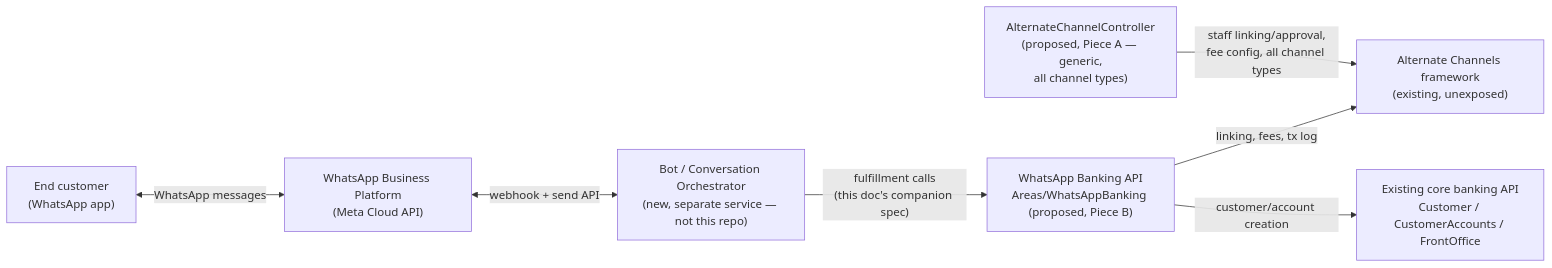
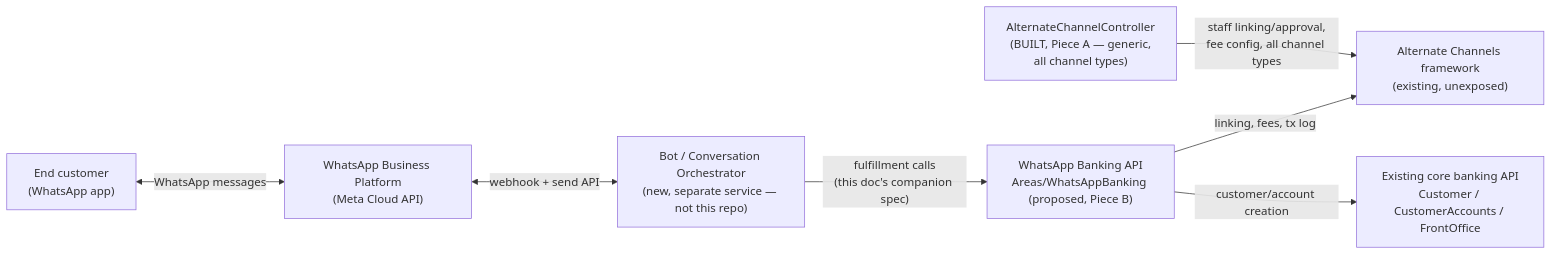
One commit to calvince-swizzsoft/Swift-Financials-FOSA changed the first of 4 diagrams in WebApplication1/Areas/WhatsAppBanking/WORKFLOW.md. Above: the diagram before and after it, drawn with Mermaid. The commit also changed other lines of this file and 4 other files, not shown here.

First line of the commit message:
Add generic AlternateChannelController (Piece A of WhatsApp Banking work)

````diff
--- a/WebApplication1/Areas/WhatsAppBanking/WORKFLOW.md
+++ b/WebApplication1/Areas/WhatsAppBanking/WORKFLOW.md
@@ -68,17 +72,17 @@
 ```mermaid
 flowchart LR
     Customer["End customer\n(WhatsApp app)"]
     Meta["WhatsApp Business Platform\n(Meta Cloud API)"]
     Bot["Bot / Conversation Orchestrator\n(new, separate service — not this repo)"]
     API["WhatsApp Banking API\nAreas/WhatsAppBanking (proposed, Piece B)"]
-    AltChanCtrl["AlternateChannelController\n(proposed, Piece A — generic,\nall channel types)"]
+    AltChanCtrl["AlternateChannelController\n(BUILT, Piece A — generic,\nall channel types)"]
     AltChan["Alternate Channels framework\n(existing, unexposed)"]
     Core["Existing core banking API\nCustomer / CustomerAccounts / FrontOffice"]
 
     Customer <-->|WhatsApp messages| Meta
     Meta <-->|webhook + send API| Bot
     Bot -->|"fulfillment calls\n(this doc's companion spec)"| API
     API -->|"linking, fees, tx log"| AltChan
     API -->|"customer/account creation"| Core
     AltChanCtrl -->|"staff linking/approval,\nfee config, all channel types"| AltChan
 ```
````
